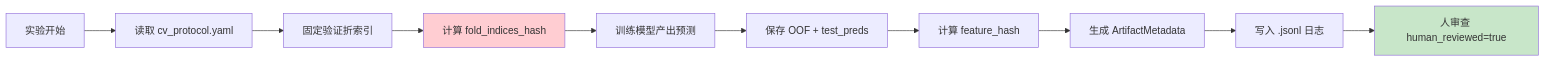
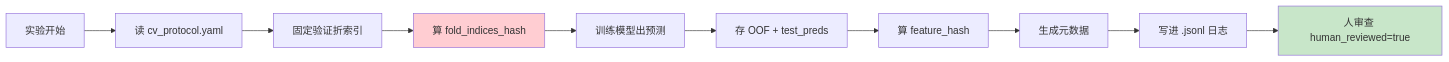
Before and after one commit to wizardforcel/vibe-kaggle: the first of 3 diagrams in docs/chapters/chapter02.md, drawn with Mermaid. The commit also changed other lines of this file and 1 other file, not shown here.

````diff
--- a/docs/chapters/chapter02.md
+++ b/docs/chapters/chapter02.md
@@ -137,14 +166,14 @@
 ```mermaid
 flowchart LR
-    A[实验开始] --> B[读取 cv_protocol.yaml]
+    A[实验开始] --> B[读 cv_protocol.yaml]
     B --> C[固定验证折索引]
-    C --> D[计算 fold_indices_hash]
-    D --> E[训练模型产出预测]
-    E --> F[保存 OOF + test_preds]
-    F --> G[计算 feature_hash]
-    G --> H[生成 ArtifactMetadata]
-    H --> I[写入 .jsonl 日志]
+    C --> D[算 fold_indices_hash]
+    D --> E[训练模型出预测]
+    E --> F[存 OOF + test_preds]
+    F --> G[算 feature_hash]
+    G --> H[生成元数据]
+    H --> I[写进 .jsonl 日志]
     I --> J[人审查 human_reviewed=true]
     style D fill:#ffcdd2
     style J fill:#c8e6c9
 ```
````
